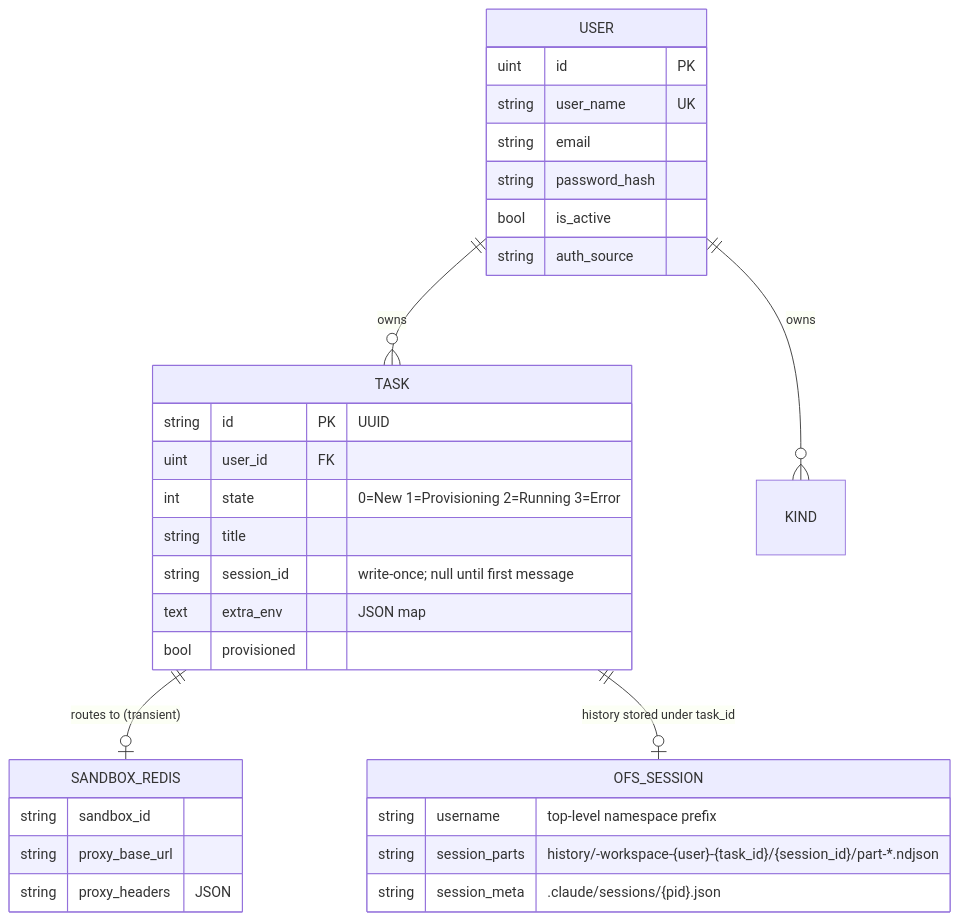
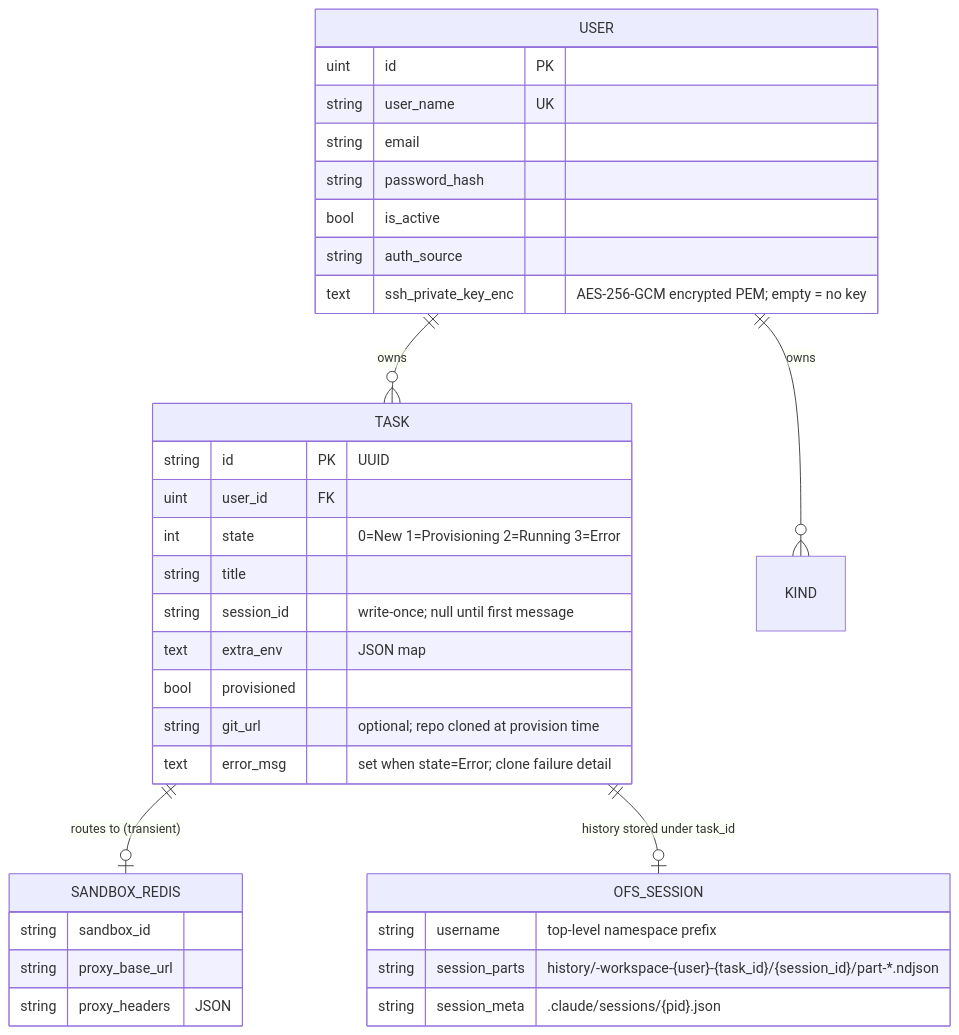
Before and after one commit to HhSen/cloud-agents: the diagram in backend/docs/specs/data-management.md, drawn with Mermaid. The commit also changed other lines of this file and 42 other files, not shown here.

Commit message:
feat: git integration with user ssh key

````diff
--- a/backend/docs/specs/data-management.md
+++ b/backend/docs/specs/data-management.md
@@ -18,38 +18,41 @@
 ```mermaid
 erDiagram
     USER {
-        uint   id            PK
-        string user_name     UK
+        uint   id                   PK
+        string user_name            UK
         string email
         string password_hash
         bool   is_active
         string auth_source
+        text   ssh_private_key_enc      "AES-256-GCM encrypted PEM; empty = no key"
     }
 
     TASK {
         string  id           PK  "UUID"
         uint    user_id      FK
         int     state            "0=New 1=Provisioning 2=Running 3=Error"
         string  title
         string  session_id       "write-once; null until first message"
         text    extra_env        "JSON map"
         bool    provisioned
+        string  git_url          "optional; repo cloned at provision time"
+        text    error_msg        "set when state=Error; clone failure detail"
     }
 
     SANDBOX_REDIS {
         string sandbox_id
         string proxy_base_url
         string proxy_headers     "JSON"
     }
 
     OFS_SESSION {
         string username          "top-level namespace prefix"
         string session_parts     "history/-workspace-{user}-{task_id}/{session_id}/part-*.ndjson"
         string session_meta      ".claude/sessions/{pid}.json"
     }
 
     USER ||--o{ TASK          : "owns"
     USER ||--o{ KIND          : "owns"
     TASK ||--o| SANDBOX_REDIS : "routes to (transient)"
     TASK ||--o| OFS_SESSION   : "history stored under task_id"
 ```
````
